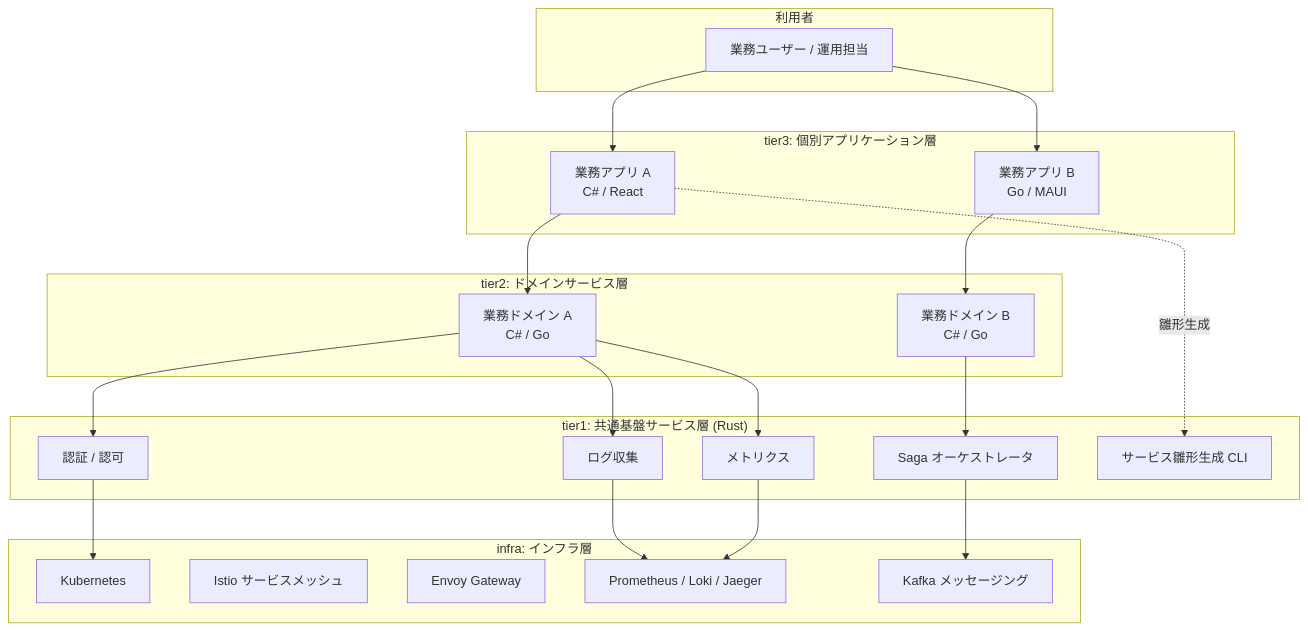
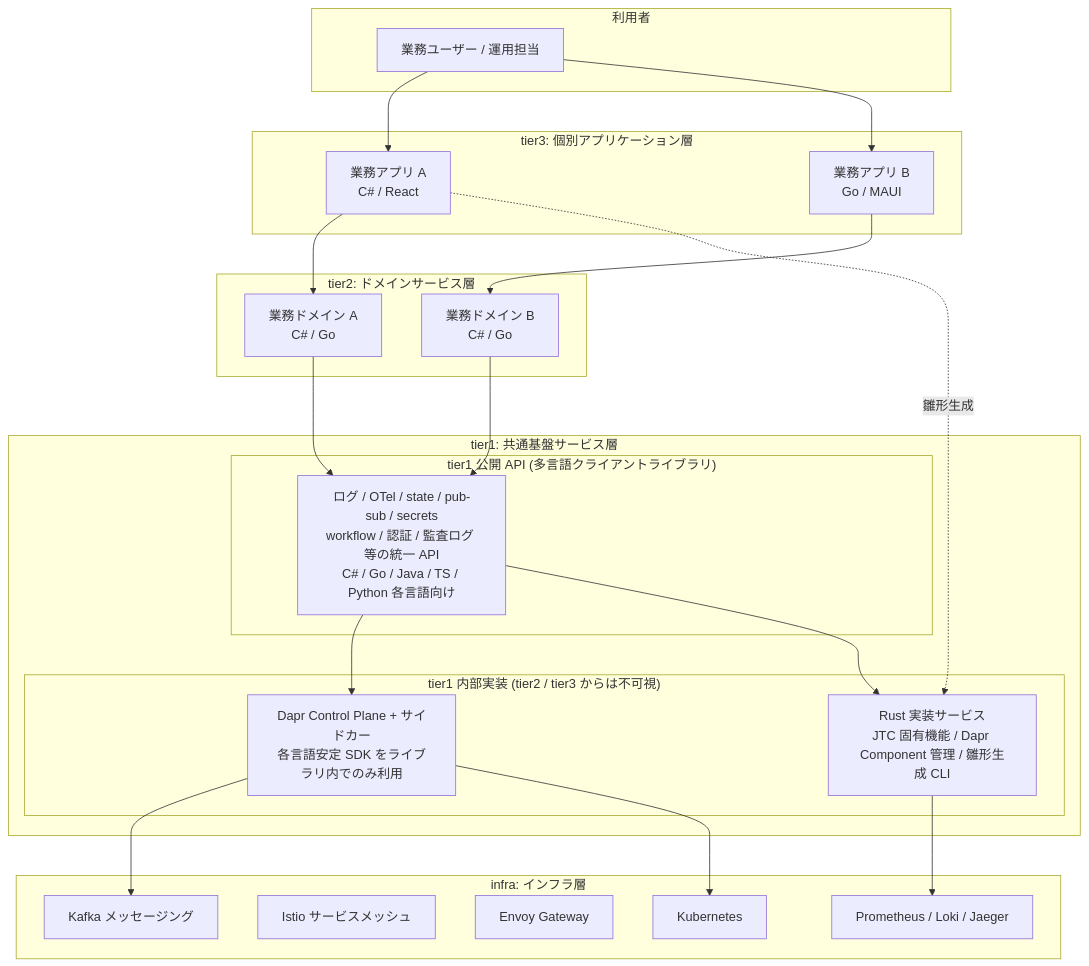
Before and after one commit to RyuheiKiso/k1s0: the first of 5 diagrams in docs/01_企画/事前資料/概念アーキテクチャ図.md, drawn with Mermaid. The commit also changed other lines of this file and 4 other files, not shown here.

````diff
--- a/docs/01_企画/事前資料/概念アーキテクチャ図.md
+++ b/docs/01_企画/事前資料/概念アーキテクチャ図.md
@@ -14,46 +14,47 @@
 ```mermaid
 graph TB
     subgraph User["利用者"]
         U[業務ユーザー / 運用担当]
     end
 
     subgraph Tier3["tier3: 個別アプリケーション層"]
         T3A[業務アプリ A<br/>C# / React]
         T3B[業務アプリ B<br/>Go / MAUI]
     end
 
     subgraph Tier2["tier2: ドメインサービス層"]
         T2A[業務ドメイン A<br/>C# / Go]
         T2B[業務ドメイン B<br/>C# / Go]
     end
 
-    subgraph Tier1["tier1: 共通基盤サービス層 (Rust)"]
-        T1A[認証 / 認可]
-        T1B[ログ収集]
-        T1C[メトリクス]
-        T1D[Saga オーケストレータ]
-        T1E[サービス雛形生成 CLI]
+    subgraph Tier1["tier1: 共通基盤サービス層"]
+        subgraph T1API["tier1 公開 API (多言語クライアントライブラリ)"]
+            CL[ログ / OTel / state / pub-sub / secrets<br/>workflow / 認証 / 監査ログ 等の統一 API<br/>C# / Go / Java / TS / Python 各言語向け]
+        end
+        subgraph T1Impl["tier1 内部実装 (tier2 / tier3 からは不可視)"]
+            D[Dapr Control Plane + サイドカー<br/>各言語安定 SDK をライブラリ内でのみ利用]
+            R[Rust 実装サービス<br/>JTC 固有機能 / Dapr Component 管理 / 雛形生成 CLI]
+        end
+        CL --> D
+        CL --> R
     end
 
     subgraph Infra["infra: インフラ層"]
         I1[Kubernetes]
         I2[Istio サービスメッシュ]
         I3[Envoy Gateway]
         I4[Prometheus / Loki / Jaeger]
         I5[Kafka メッセージング]
     end
 
     U --> T3A
     U --> T3B
     T3A --> T2A
     T3B --> T2B
-    T2A --> T1A
-    T2A --> T1B
-    T2A --> T1C
-    T2B --> T1D
-    T3A -. 雛形生成 .-> T1E
-    T1A --> I1
-    T1D --> I5
-    T1B --> I4
-    T1C --> I4
+    T2A --> CL
+    T2B --> CL
+    T3A -. 雛形生成 .-> R
+    D --> I5
+    D --> I1
+    R --> I4
 ```
````
